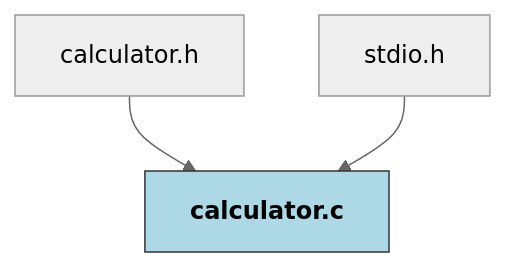
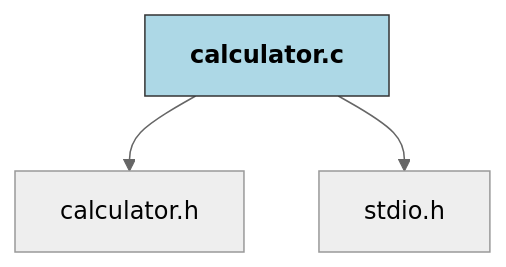
The fourth of 6 diagrams in docs/extract-graphs.md (Hondarer/doxygen-framework), drawn with Mermaid (neutral theme) before and after one commit. The commit also changed other lines of this file and 8 other files, not shown here.

````diff
--- a/docs/extract-graphs.md
+++ b/docs/extract-graphs.md
@@ -213,9 +216,9 @@
 ```mermaid
 flowchart TD
     n0["calculator.c"]
     n1["calculator.h"]
     n2["stdio.h"]
     style n0 fill:#ADD8E6,stroke:#333,font-weight:bold
-    n1 --> n0
-    n2 --> n0
+    n0 --> n1
+    n0 --> n2
 ```
````
